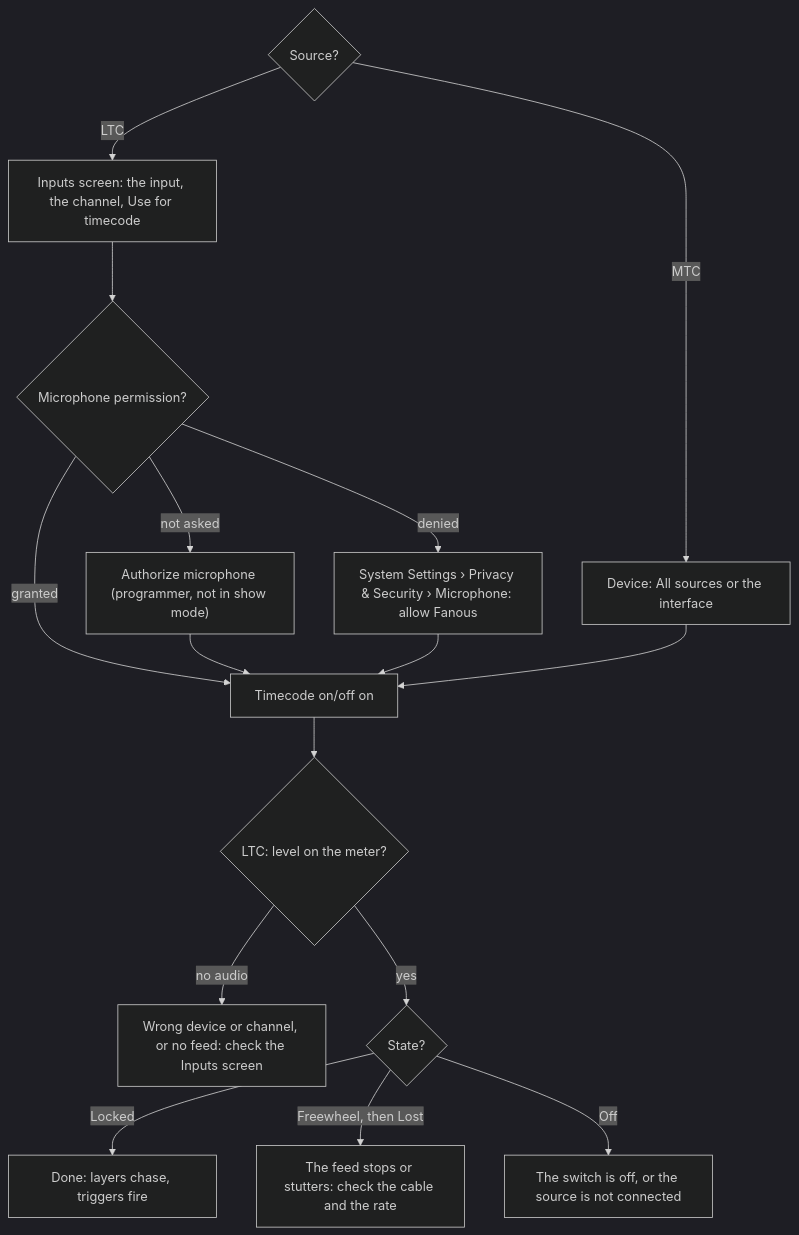
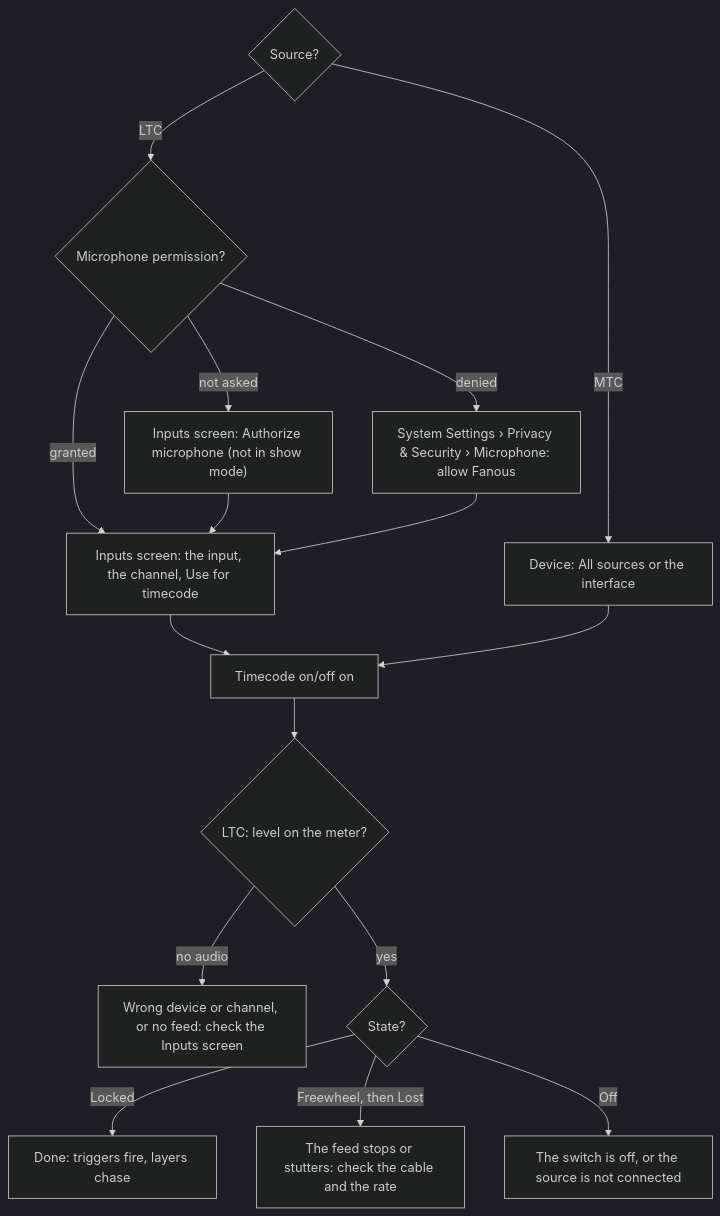
The second of 3 diagrams in docs/user/show-control.md (Timdebruijn/fanous), drawn with Mermaid (dark theme) before and after one commit. The commit also changed other lines of this file and 11 other files, not shown here.

````diff
--- a/docs/user/show-control.md
+++ b/docs/user/show-control.md
@@ -180,17 +197,18 @@
 ```mermaid
 flowchart TD
-  src{"Source?"} -- LTC --> dev["Inputs screen: the input, the channel, Use for timecode"]
-  dev --> mic{"Microphone permission?"}
-  mic -- "not asked" --> auth["Authorize microphone (programmer, not in show mode)"]
+  src{"Source?"} -- LTC --> mic{"Microphone permission?"}
+  mic -- "not asked" --> auth["Inputs screen: Authorize microphone (not in show mode)"]
   mic -- denied --> settings["System Settings › Privacy & Security › Microphone: allow Fanous"]
-  mic -- granted --> on
-  auth --> on
-  settings --> on
-  src -- MTC --> midi["Device: All sources or the interface"] --> on["Timecode on/off on"]
+  mic -- granted --> dev
+  auth --> dev
+  settings --> dev["Inputs screen: the input, the channel, Use for timecode"]
+  src -- MTC --> midi["Device: All sources or the interface"]
+  dev --> on["Timecode on/off on"]
+  midi --> on
   on --> level{"LTC: level on the meter?"}
   level -- "no audio" --> wrong["Wrong device or channel, or no feed: check the Inputs screen"]
   level -- yes --> state{"State?"}
-  state -- Locked --> ok["Done: layers chase, triggers fire"]
+  state -- Locked --> ok["Done: triggers fire, layers chase"]
   state -- "Freewheel, then Lost" --> feed["The feed stops or stutters: check the cable and the rate"]
   state -- Off --> sw["The switch is off, or the source is not connected"]
 ```
````
